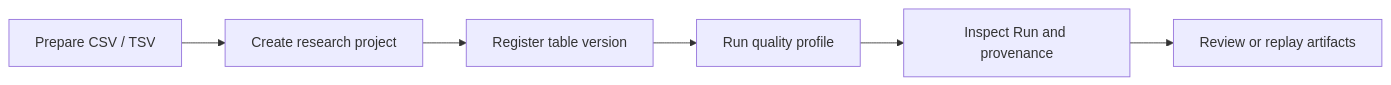
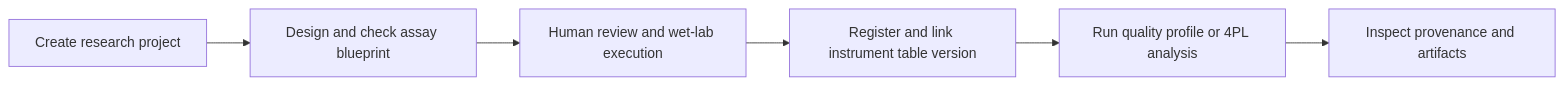
The diagram in docs/en/science/01-deployment-and-workflow.md (insight68/ScienceX), drawn with Mermaid before and after one commit. The commit also changed other lines of this file and 29 other files, not shown here.

````diff
--- a/docs/en/science/01-deployment-and-workflow.md
+++ b/docs/en/science/01-deployment-and-workflow.md
@@ -123,8 +123,8 @@
 ```mermaid
 flowchart LR
-  A["Prepare CSV / TSV"] --> B["Create research project"]
-  B --> C["Register table version"]
-  C --> D["Run quality profile"]
-  D --> E["Inspect Run and provenance"]
-  E --> F["Review or replay artifacts"]
+  A["Create research project"] --> B["Design and check assay blueprint"]
+  B --> C["Human review and wet-lab execution"]
+  C --> D["Register and link instrument table version"]
+  D --> E["Run quality profile or 4PL analysis"]
+  E --> F["Inspect provenance and artifacts"]
 ```
````
